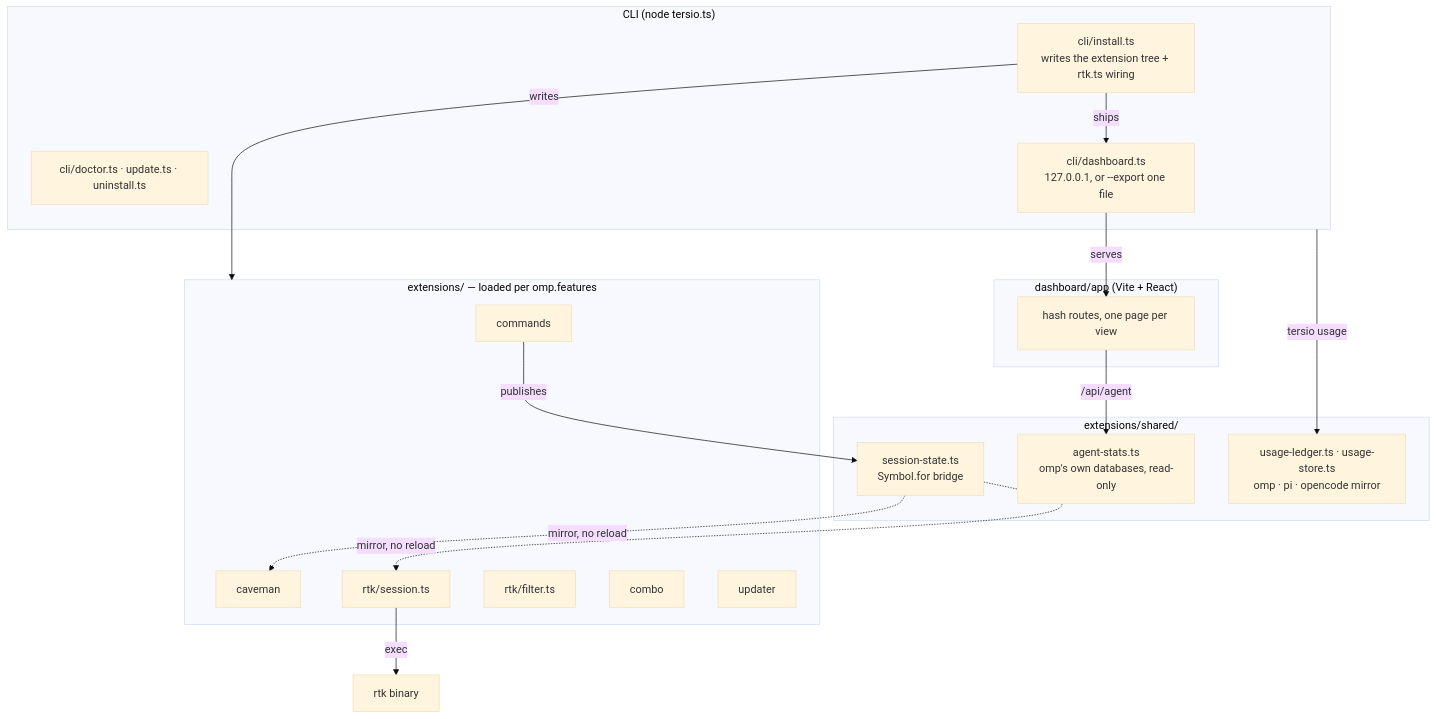
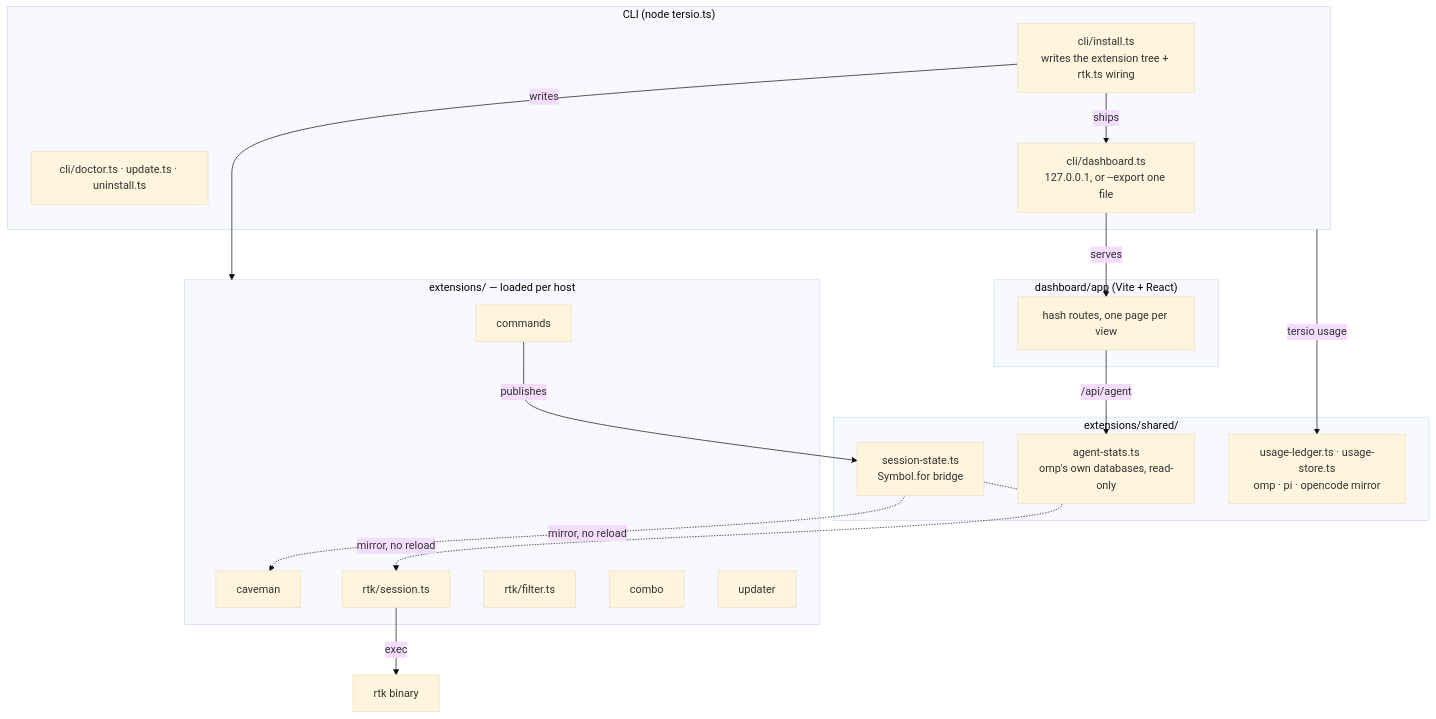
Before and after one commit to KurutoDenzeru/tersio: the first of 3 diagrams in docs/ARCHITECTURE.md, drawn with Mermaid (base theme). The commit also changed other lines of this file, not shown here.

Commit message:
docs: frame tersio as host-neutral and draw the pi and opencode gap in the diagram

````diff
--- a/docs/ARCHITECTURE.md
+++ b/docs/ARCHITECTURE.md
@@ -7,33 +7,33 @@
 ```mermaid
 flowchart TB
   subgraph CLI["CLI (node tersio.ts)"]
     INST["cli/install.ts<br/>writes the extension tree + rtk.ts wiring"]
     DOC["cli/doctor.ts · update.ts · uninstall.ts"]
     SRV["cli/dashboard.ts<br/>127.0.0.1, or --export one file"]
   end
   subgraph APP["dashboard/app (Vite + React)"]
     UI["hash routes, one page per view"]
   end
-  subgraph MODES["extensions/ — loaded per omp.features"]
+  subgraph MODES["extensions/ — loaded per host"]
     CAV["caveman"]
     RTK["rtk/session.ts"]
     RFIL["rtk/filter.ts"]
     COMBO["combo"]
     TCMD["commands"]
     UPD["updater"]
   end
   subgraph SHARED["extensions/shared/"]
     SS["session-state.ts<br/>Symbol.for bridge"]
     ASTS["agent-stats.ts<br/>omp's own databases, read-only"]
     LED["usage-ledger.ts · usage-store.ts<br/>omp · pi · opencode mirror"]
   end
 
   INST -->|writes| MODES
   INST -->|ships| SRV
   SRV -->|serves| UI
   UI -->|"/api/agent"| ASTS
   CLI -->|"tersio usage"| LED
   TCMD -->|publishes| SS
   SS -.->|"mirror, no reload"| CAV & RTK
   RTK -->|exec| BIN["rtk binary"]
 ```
````
